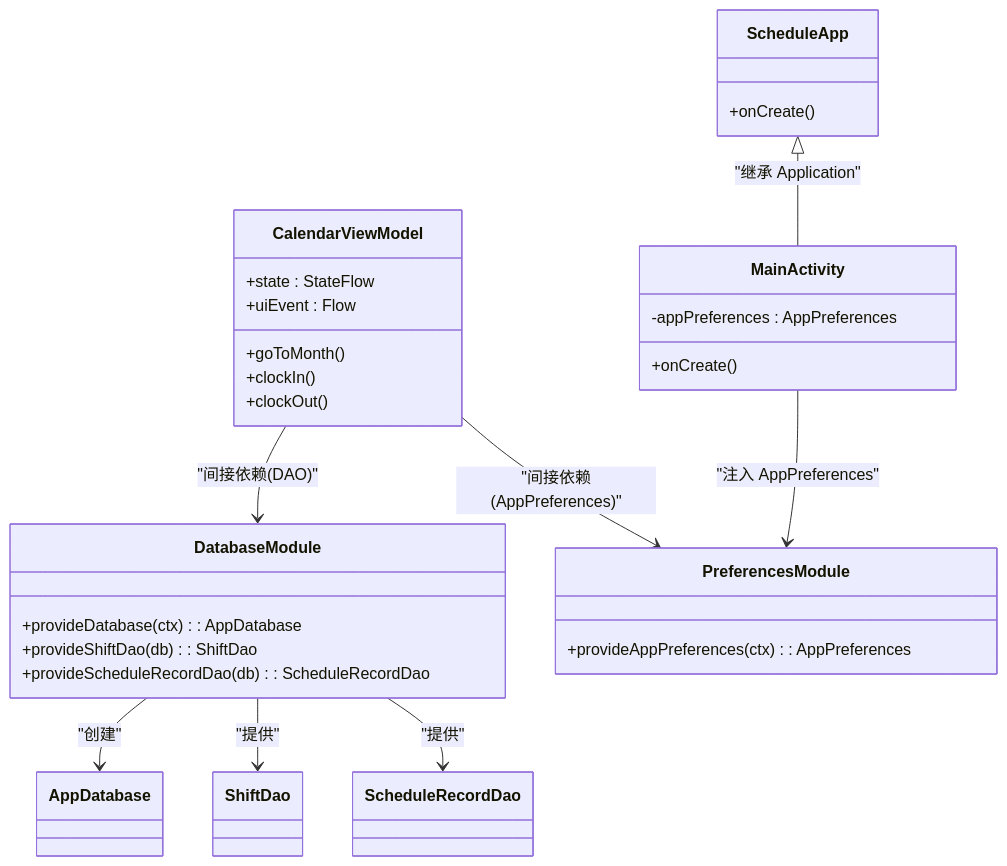
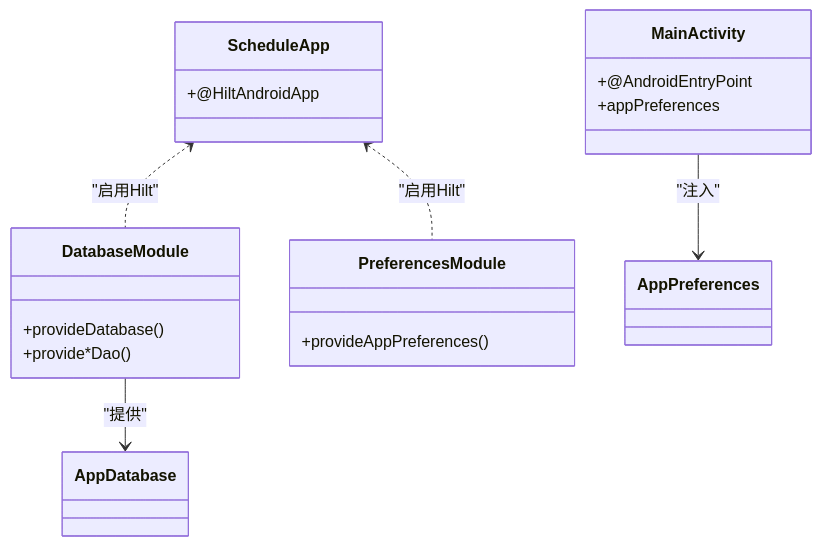
The third of 9 diagrams in .qoder/repowiki/zh/content/架构设计/架构设计.md (xiaobai860/paibanrili), drawn with Mermaid before and after one commit. The commit also changed other lines of this file and 245 other files, not shown here.

````diff
--- a/.qoder/repowiki/zh/content/架构设计/架构设计.md
+++ b/.qoder/repowiki/zh/content/架构设计/架构设计.md
@@ -200,32 +177,23 @@
 ```mermaid
 classDiagram
 class ScheduleApp {
-+onCreate()
++@HiltAndroidApp
+}
+class DatabaseModule {
++provideDatabase()
++provide*Dao()
+}
+class PreferencesModule {
++provideAppPreferences()
 }
 class MainActivity {
-+onCreate()
--appPreferences : AppPreferences
++@AndroidEntryPoint
++appPreferences
 }
-class DatabaseModule {
-+provideDatabase(ctx) : AppDatabase
-+provideShiftDao(db) : ShiftDao
-+provideScheduleRecordDao(db) : ScheduleRecordDao
-}
-class PreferencesModule {
-+provideAppPreferences(ctx) : AppPreferences
-}
-class CalendarViewModel {
-+state : StateFlow
-+uiEvent : Flow
-+goToMonth()
-+clockIn()
-+clockOut()
-}
-ScheduleApp <|-- MainActivity : "继承 Application"
-MainActivity --> PreferencesModule : "注入 AppPreferences"
-DatabaseModule --> AppDatabase : "创建"
-DatabaseModule --> ShiftDao : "提供"
-DatabaseModule --> ScheduleRecordDao : "提供"
-CalendarViewModel --> DatabaseModule : "间接依赖(DAO)"
-CalendarViewModel --> PreferencesModule : "间接依赖(AppPreferences)"
+class AppDatabase
+class AppPreferences
+ScheduleApp <.. DatabaseModule : "启用Hilt"
+ScheduleApp <.. PreferencesModule : "启用Hilt"
+MainActivity --> AppPreferences : "注入"
+DatabaseModule --> AppDatabase : "提供"
 ```
````
